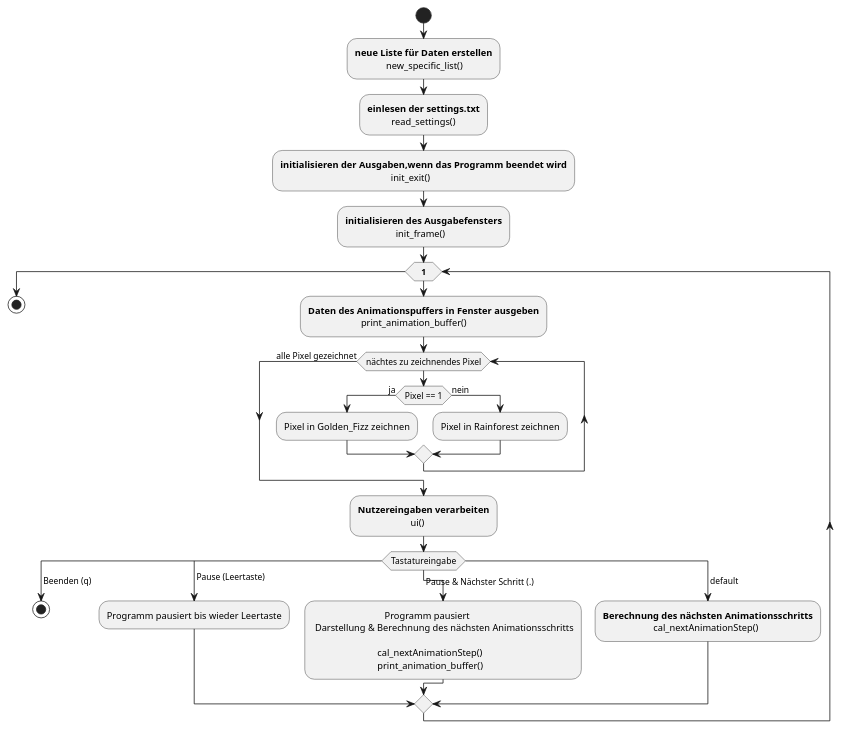
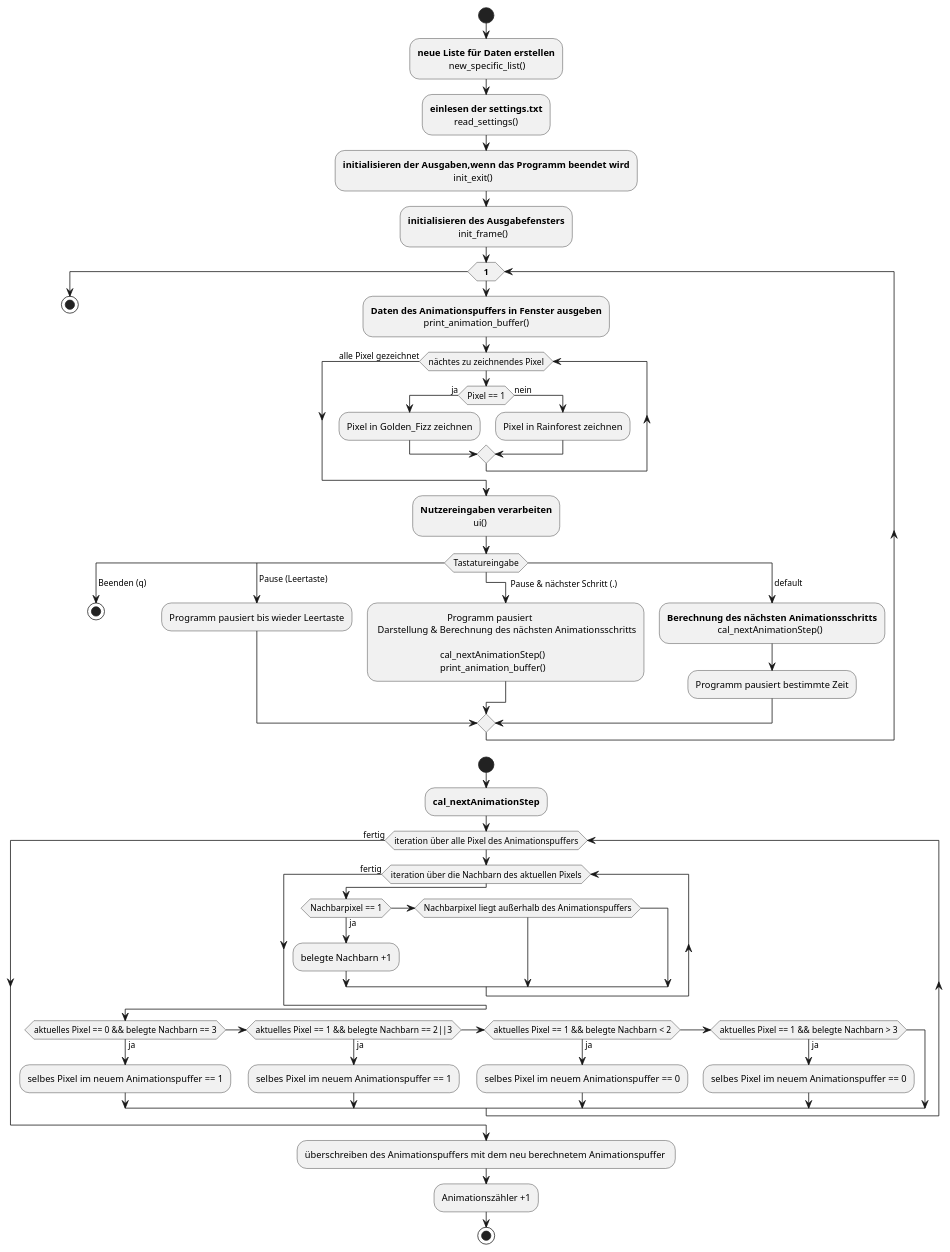
Before and after one commit to duha887b/MRT1_V3_Animation: the diagram in Protokoll/Aktivitätsdiagramm.puml, drawn with PlantUML.

Commit message:
uml nur noch read_settings offen

```diff
--- a/Protokoll/Aktivitätsdiagramm.puml
+++ b/Protokoll/Aktivitätsdiagramm.puml
@@ -1,52 +1,79 @@
 @startuml
 'https://plantuml.com/activity-diagram-beta
 
 start
+
 :**neue Liste für Daten erstellen**
              new_specific_list();
 :**einlesen der settings.txt**
           read_settings();
 :**initialisieren der Ausgaben,wenn das Programm beendet wird**
                                               init_exit();
 :**initialisieren des Ausgabefensters**
                      init_frame();
 while (**1**)
 :**Daten des Animationspuffers in Fenster ausgeben**
                       print_animation_buffer();
 while(nächtes zu zeichnendes Pixel)
 
 if (Pixel == 1) then (ja)
   :Pixel in Golden_Fizz zeichnen;
   else (nein)
   :Pixel in Rainforest zeichnen;
 endif
 
 endwhile(alle Pixel gezeichnet)
 :**Nutzereingaben verarbeiten**
                       ui();
 
 switch (Tastatureingabe)
 case ( Beenden (q))
   stop
 case ( Pause (Leertaste))
   :Programm pausiert bis wieder Leertaste;
-case ( Pause & Nächster Schritt (.) )
+case (           Pause & nächster Schritt (.) )
   :                              Programm pausiert
    Darstellung & Berechnung des nächsten Animationsschritts
 
                              cal_nextAnimationStep()
                              print_animation_buffer();
+
 case ( default)
   :**Berechnung des nächsten Animationsschritts**
                        cal_nextAnimationStep();
+  :Programm pausiert bestimmte Zeit;
+
 
 endswitch
 
 endwhile;
 
 stop
 
 
+start
+:**cal_nextAnimationStep**;
+while(iteration über alle Pixel des Animationspuffers)
+while(iteration über die Nachbarn des aktuellen Pixels)
+if(Nachbarpixel == 1) then(ja)
+:belegte Nachbarn +1;
+elseif(Nachbarpixel liegt außerhalb des Animationspuffers)
+endif
+endwhile(fertig)
+if(aktuelles Pixel == 0 && belegte Nachbarn == 3)then(ja)
+:selbes Pixel im neuem Animationspuffer == 1;
+elseif(aktuelles Pixel == 1 && belegte Nachbarn == 2||3)then(ja)
+:selbes Pixel im neuem Animationspuffer == 1;
+elseif(aktuelles Pixel == 1 && belegte Nachbarn < 2)then(ja)
+:selbes Pixel im neuem Animationspuffer == 0;
+elseif(aktuelles Pixel == 1 && belegte Nachbarn > 3)then(ja)
+:selbes Pixel im neuem Animationspuffer == 0;
+endif
+
+endwhile(fertig)
+:überschreiben des Animationspuffers mit dem neu berechnetem Animationspuffer ;
+:Animationszähler +1;
+stop
 
 
 @enduml
```
